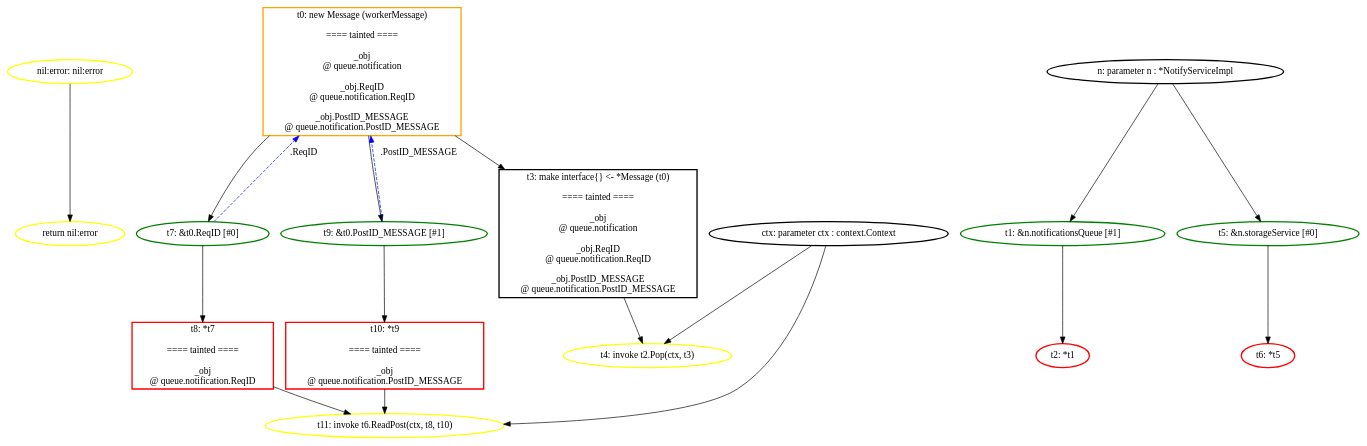
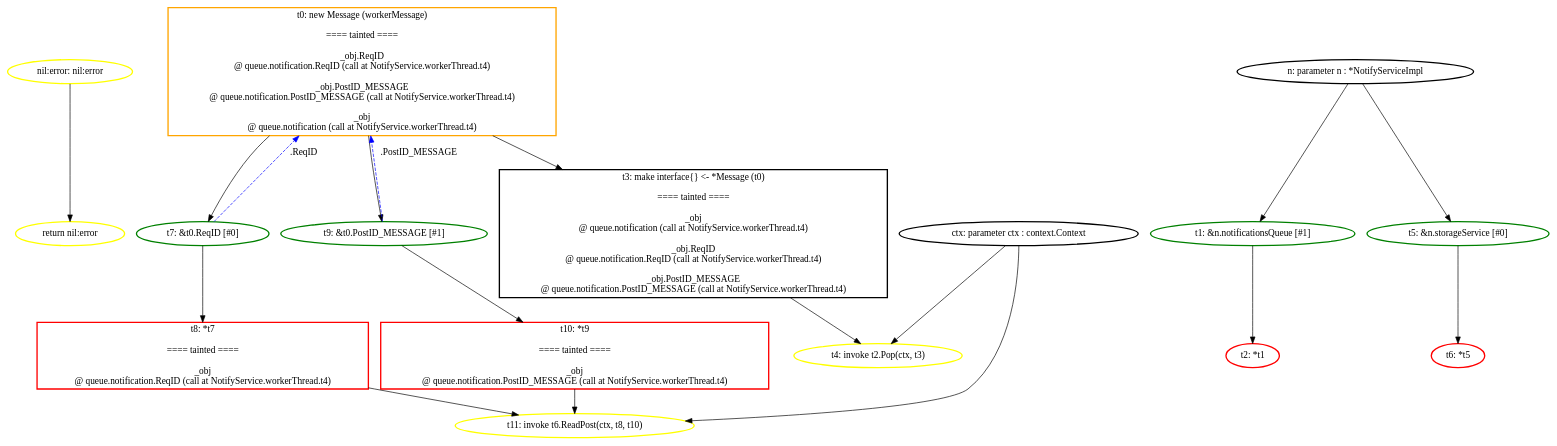
The diagram in ssa_analysis/analyzer/output/blueprint/postnotification/notifyservice_run/graphs/postnotification_simple.NotifyService.workerThread.dot (aletheia-microservices/aletheia), drawn with Graphviz before and after one commit. The commit also changed 29 other files, not shown here.

```diff
--- a/ssa_analysis/analyzer/output/blueprint/postnotification/notifyservice_run/graphs/postnotification_simple.NotifyService.workerThread.dot
+++ b/ssa_analysis/analyzer/output/blueprint/postnotification/notifyservice_run/graphs/postnotification_simple.NotifyService.workerThread.dot
@@ -1,72 +1,72 @@
 digraph G {
 	rankdir=TD;
-	N_instr_ret_2745513 [label="return nil:error", style=bold, shape=ellipse, color="yellow"];
-	N_nil_866124829 [label="nil:error: nil:error", style=bold, shape=ellipse, color="yellow"];
-	N_val_alloc_2745336 [label="t0: new Message (workerMessage)
+	N_instr_ret_3752340 [label="return nil:error", style=bold, shape=ellipse, color="yellow"];
+	N_nil_724040383 [label="nil:error: nil:error", style=bold, shape=ellipse, color="yellow"];
+	N_val_alloc_3752163 [label="t0: new Message (workerMessage)
 
 ==== tainted ====
 
-_obj
-@ queue.notification
-
 _obj.ReqID
-@ queue.notification.ReqID
+@ queue.notification.ReqID (call at NotifyService.workerThread.t4)
 
 _obj.PostID_MESSAGE
-@ queue.notification.PostID_MESSAGE
+@ queue.notification.PostID_MESSAGE (call at NotifyService.workerThread.t4)
+
+_obj
+@ queue.notification (call at NotifyService.workerThread.t4)
 ", style=bold, shape=box, color="orange"];
-	N_val_call_2745384 [label="t4: invoke t2.Pop(ctx, t3)", style=bold, shape=ellipse, color="yellow"];
-	N_val_call_2745433 [label="t11: invoke t6.ReadPost(ctx, t8, t10)", style=bold, shape=ellipse, color="yellow"];
-	N_val_field_2745362 [label="t1: &n.notificationsQueue [#1]", style=bold, shape=ellipse, color="green"];
-	N_val_field_2745410 [label="t5: &n.storageService [#0]", style=bold, shape=ellipse, color="green"];
-	N_val_field_2745453 [label="t7: &t0.ReqID [#0]", style=bold, shape=ellipse, color="green"];
-	N_val_field_2745474 [label="t9: &t0.PostID_MESSAGE [#1]", style=bold, shape=ellipse, color="green"];
+	N_val_call_3752211 [label="t4: invoke t2.Pop(ctx, t3)", style=bold, shape=ellipse, color="yellow"];
+	N_val_call_3752260 [label="t11: invoke t6.ReadPost(ctx, t8, t10)", style=bold, shape=ellipse, color="yellow"];
+	N_val_field_3752189 [label="t1: &n.notificationsQueue [#1]", style=bold, shape=ellipse, color="green"];
+	N_val_field_3752237 [label="t5: &n.storageService [#0]", style=bold, shape=ellipse, color="green"];
+	N_val_field_3752280 [label="t7: &t0.ReqID [#0]", style=bold, shape=ellipse, color="green"];
+	N_val_field_3752301 [label="t9: &t0.PostID_MESSAGE [#1]", style=bold, shape=ellipse, color="green"];
 	N_val_ifacet3 [label="t3: make interface{} <- *Message (t0)
 
 ==== tainted ====
 
 _obj
-@ queue.notification
+@ queue.notification (call at NotifyService.workerThread.t4)
 
 _obj.ReqID
-@ queue.notification.ReqID
+@ queue.notification.ReqID (call at NotifyService.workerThread.t4)
 
 _obj.PostID_MESSAGE
-@ queue.notification.PostID_MESSAGE
+@ queue.notification.PostID_MESSAGE (call at NotifyService.workerThread.t4)
 ", style=bold, shape=box, color="black"];
-	N_val_param_2745220 [label="n: parameter n : *NotifyServiceImpl", style=bold, shape=ellipse, color="black"];
-	N_val_param_2745255 [label="ctx: parameter ctx : context.Context", style=bold, shape=ellipse, color="black"];
-	N_val_unary_2745362 [label="t2: *t1", style=bold, shape=ellipse, color="red"];
-	N_val_unary_2745410 [label="t6: *t5", style=bold, shape=ellipse, color="red"];
-	N_val_unary_2745453 [label="t8: *t7
+	N_val_param_3752047 [label="n: parameter n : *NotifyServiceImpl", style=bold, shape=ellipse, color="black"];
+	N_val_param_3752082 [label="ctx: parameter ctx : context.Context", style=bold, shape=ellipse, color="black"];
+	N_val_unary_3752189 [label="t2: *t1", style=bold, shape=ellipse, color="red"];
+	N_val_unary_3752237 [label="t6: *t5", style=bold, shape=ellipse, color="red"];
+	N_val_unary_3752280 [label="t8: *t7
 
 ==== tainted ====
 
 _obj
-@ queue.notification.ReqID
+@ queue.notification.ReqID (call at NotifyService.workerThread.t4)
 ", style=bold, shape=box, color="red"];
-	N_val_unary_2745474 [label="t10: *t9
+	N_val_unary_3752301 [label="t10: *t9
 
 ==== tainted ====
 
 _obj
-@ queue.notification.PostID_MESSAGE
+@ queue.notification.PostID_MESSAGE (call at NotifyService.workerThread.t4)
 ", style=bold, shape=box, color="red"];
-	N_val_param_2745220 -> N_val_field_2745362;
-	N_val_field_2745362 -> N_val_unary_2745362;
-	N_val_alloc_2745336 -> N_val_ifacet3;
-	N_val_param_2745255 -> N_val_call_2745384;
-	N_val_ifacet3 -> N_val_call_2745384;
-	N_val_param_2745220 -> N_val_field_2745410;
-	N_val_field_2745410 -> N_val_unary_2745410;
-	N_val_alloc_2745336 -> N_val_field_2745453;
-	N_val_field_2745453 -> N_val_unary_2745453;
-	N_val_alloc_2745336 -> N_val_field_2745474;
-	N_val_field_2745474 -> N_val_unary_2745474;
-	N_val_param_2745255 -> N_val_call_2745433;
-	N_val_unary_2745453 -> N_val_call_2745433;
-	N_val_unary_2745474 -> N_val_call_2745433;
-	N_nil_866124829 -> N_instr_ret_2745513;
-	N_val_field_2745453 -> N_val_alloc_2745336 [label=".ReqID", style=dashed, color=blue];
-	N_val_field_2745474 -> N_val_alloc_2745336 [label=".PostID_MESSAGE", style=dashed, color=blue];
+	N_val_param_3752047 -> N_val_field_3752189;
+	N_val_field_3752189 -> N_val_unary_3752189;
+	N_val_alloc_3752163 -> N_val_ifacet3;
+	N_val_param_3752082 -> N_val_call_3752211;
+	N_val_ifacet3 -> N_val_call_3752211;
+	N_val_param_3752047 -> N_val_field_3752237;
+	N_val_field_3752237 -> N_val_unary_3752237;
+	N_val_alloc_3752163 -> N_val_field_3752280;
+	N_val_field_3752280 -> N_val_unary_3752280;
+	N_val_alloc_3752163 -> N_val_field_3752301;
+	N_val_field_3752301 -> N_val_unary_3752301;
+	N_val_param_3752082 -> N_val_call_3752260;
+	N_val_unary_3752280 -> N_val_call_3752260;
+	N_val_unary_3752301 -> N_val_call_3752260;
+	N_nil_724040383 -> N_instr_ret_3752340;
+	N_val_field_3752301 -> N_val_alloc_3752163 [label=".PostID_MESSAGE", style=dashed, color=blue];
+	N_val_field_3752280 -> N_val_alloc_3752163 [label=".ReqID", style=dashed, color=blue];
 }
```
